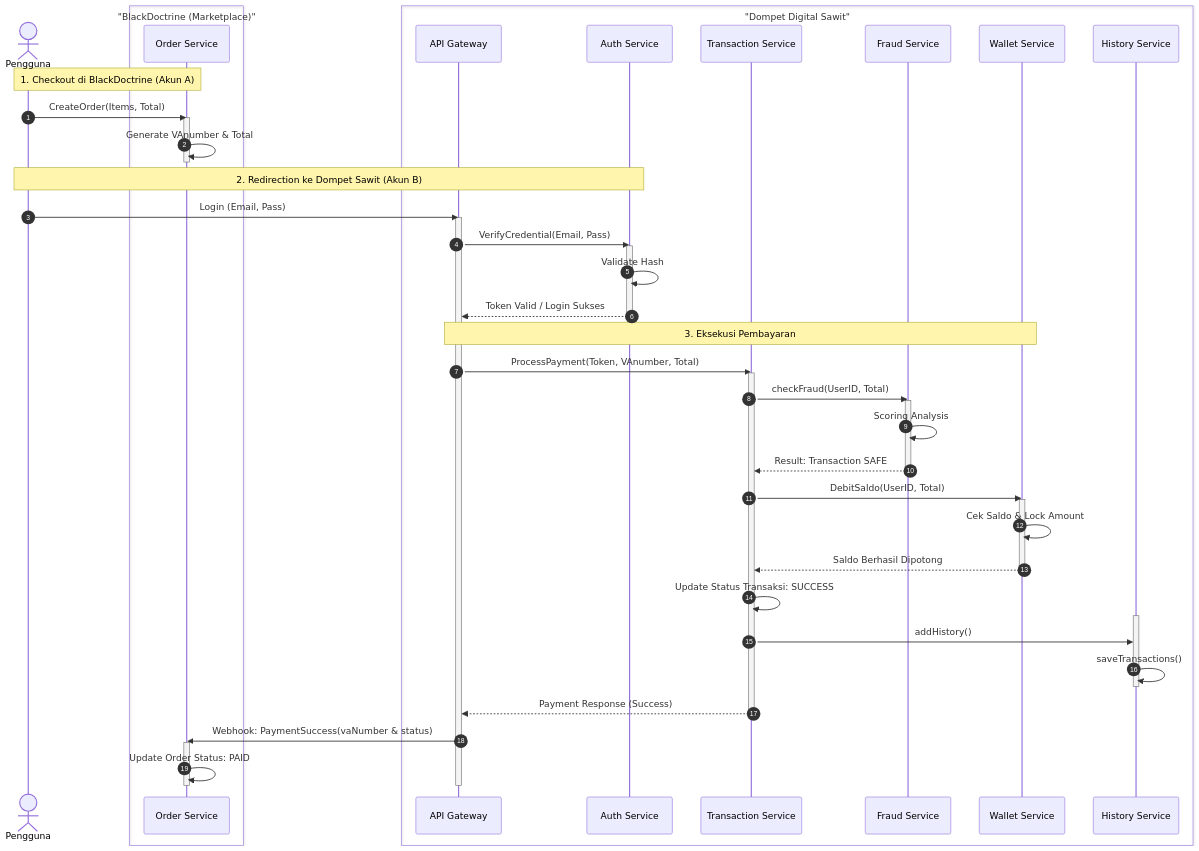
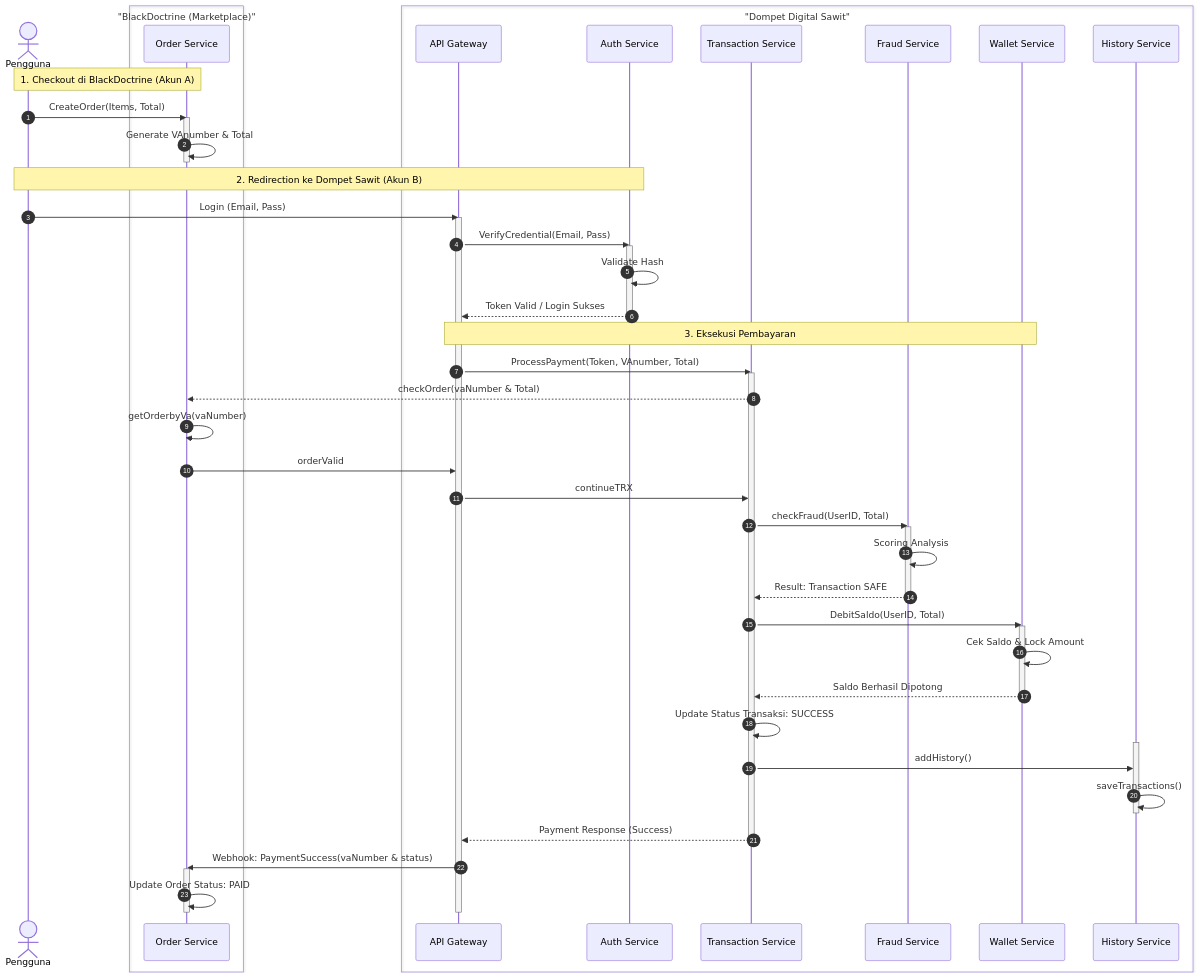
One commit to AAkmalAmran/Project-UAS-IAE_Dompet-Digital-Sawit changed the second of 2 diagrams in readme.md. Above: the diagram before and after it, drawn with Mermaid.

Commit message:
Add order validation process to payment flow

````diff
--- a/readme.md
+++ b/readme.md
@@ -339,72 +339,77 @@
 ```mermaid
 sequenceDiagram
     autonumber
 
     actor User as Pengguna
     box "BlackDoctrine (Marketplace)" #FFFFFF
         participant Order as Order Service
     end
 
     box "Dompet Digital Sawit" #1E4D2B
         participant Gateway as API Gateway
         participant Auth as Auth Service
         participant Trans as Transaction Service
         participant Fraud as Fraud Service
         participant Wallet as Wallet Service
         participant History as History Service
     end
 
     Note over User, Order: 1. Checkout di BlackDoctrine (Akun A)
 
     User->>Order: CreateOrder(Items, Total)
     activate Order
     Order->>Order: Generate VAnumber & Total
     deactivate Order
 
     Note over User, Auth: 2. Redirection ke Dompet Sawit (Akun B)
 
     User->>Gateway: Login (Email, Pass)
     activate Gateway
     Gateway->>Auth: VerifyCredential(Email, Pass)
     activate Auth
     Auth->>Auth: Validate Hash
     Auth-->>Gateway: Token Valid / Login Sukses
     deactivate Auth
 
     Note over Gateway, Wallet: 3. Eksekusi Pembayaran
 
     Gateway->>Trans: ProcessPayment(Token, VAnumber, Total)
     activate Trans
-    
+
+        Trans-->>Order: checkOrder(vaNumber & Total)
+        Order->>Order: getOrderbyVa(vaNumber)
+        Order->>Gateway: orderValid
+        Gateway->>Trans: continueTRX
+
         Trans->>Fraud: checkFraud(UserID, Total)
         activate Fraud
         Fraud->>Fraud: Scoring Analysis
         Fraud-->>Trans: Result: Transaction SAFE
         deactivate Fraud
 
         Trans->>Wallet: DebitSaldo(UserID, Total)
         activate Wallet
         Wallet->>Wallet: Cek Saldo & Lock Amount
         Wallet-->>Trans: Saldo Berhasil Dipotong
         deactivate Wallet
         Trans->>Trans: Update Status Transaksi: SUCCESS
 
         activate History
         Trans->>History: addHistory()
         History->>History: saveTransactions()
         deactivate History
 
     Trans-->>Gateway: Payment Response (Success)
 
     deactivate Trans
 
 
     Gateway->>Order: Webhook: PaymentSuccess(vaNumber & status)
 
     activate Order
     Order->>Order: Update Order Status: PAID
     deactivate Order
 
     
     deactivate Gateway
 ```
````
